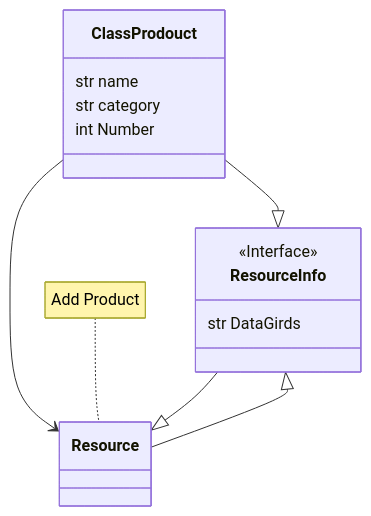
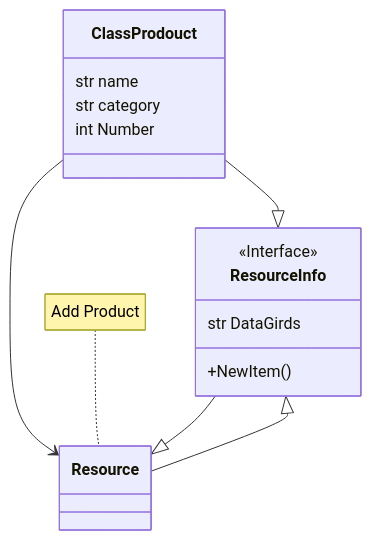
The diagram in README.md (Natithorn/Project), drawn with Mermaid before and after one commit.

````diff
--- a/README.md
+++ b/README.md
@@ -15,14 +15,15 @@
 ```mermaid
 classDiagram
 ResourceInfo --|> Resource 
 <<Interface>> ResourceInfo
 Resource --|> ResourceInfo
 note for Resource "Add Product" 
 ClassProdouct --> Resource
 ClassProdouct : str name
 ClassProdouct : str category
 ClassProdouct : int Number
 ClassProdouct --|> ResourceInfo
 ResourceInfo : str DataGirds
+ResourceInfo : +NewItem()
 
 ```
````
